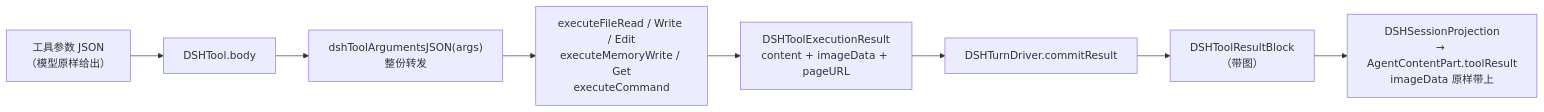
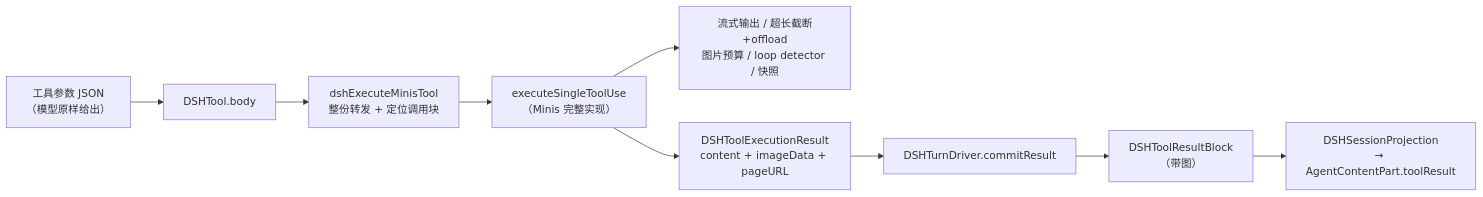
Before and after one commit to czy20010112/openminis-dshcore: the ninth of 10 diagrams in docs/DSH-ARCHITECTURE.md, drawn with Mermaid. The commit also changed other lines of this file and 3 other files, not shown here.

````diff
--- a/docs/DSH-ARCHITECTURE.md
+++ b/docs/DSH-ARCHITECTURE.md
@@ -409,10 +411,11 @@
 ```mermaid
 flowchart LR
     A["工具参数 JSON<br/>（模型原样给出）"] --> B["DSHTool.body"]
-    B --> C["dshToolArgumentsJSON(args)<br/>整份转发"]
-    C --> D["executeFileRead / Write / Edit<br/>executeMemoryWrite / Get<br/>executeCommand"]
-    D --> E["DSHToolExecutionResult<br/>content + imageData + pageURL"]
-    E --> F["DSHTurnDriver.commitResult"]
-    F --> G["DSHToolResultBlock<br/>（带图）"]
-    G --> H["DSHSessionProjection<br/>→ AgentContentPart.toolResult<br/>imageData 原样带上"]
+    B --> C["dshExecuteMinisTool<br/>整份转发 + 定位调用块"]
+    C --> D["executeSingleToolUse<br/>（Minis 完整实现）"]
+    D --> E["流式输出 / 超长截断+offload<br/>图片预算 / loop detector / 快照"]
+    D --> F["DSHToolExecutionResult<br/>content + imageData + pageURL"]
+    F --> G["DSHTurnDriver.commitResult"]
+    G --> H["DSHToolResultBlock<br/>（带图）"]
+    H --> I["DSHSessionProjection<br/>→ AgentContentPart.toolResult"]
 ```
````
